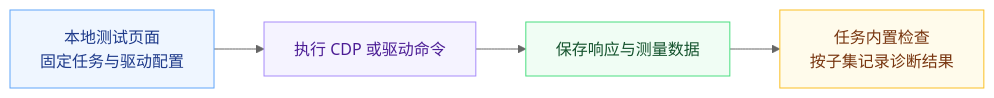
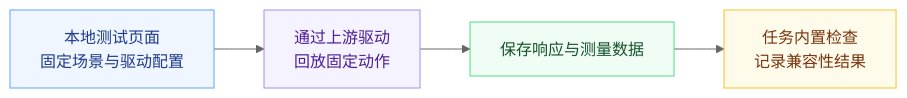
Before and after one commit to lexmount/browser-eval: the third of 6 diagrams in docs/README.zh-CN.md, drawn with Mermaid (neutral theme). The commit also changed other lines of this file and 3 other files, not shown here.

````diff
--- a/docs/README.zh-CN.md
+++ b/docs/README.zh-CN.md
@@ -87,10 +88,10 @@
 ```mermaid
 flowchart LR
-    A["本地测试页面<br/>固定任务与驱动配置"]:::input --> B["执行 CDP 或驱动命令"]:::run
+    A["本地测试页面<br/>固定场景与驱动配置"]:::input --> B["通过上游驱动<br/>回放固定动作"]:::run
     B --> C["保存响应与测量数据"]:::evidence
-    C --> D["任务内置检查<br/>按子集记录诊断结果"]:::score
+    C --> D["任务内置检查<br/>记录兼容性结果"]:::score
     classDef input fill:#eff6ff,stroke:#60a5fa,color:#1e3a8a
     classDef run fill:#f5f3ff,stroke:#a78bfa,color:#4c1d95
     classDef evidence fill:#f0fdf4,stroke:#4ade80,color:#14532d
     classDef score fill:#fffbeb,stroke:#fbbf24,color:#78350f
 ```
````
